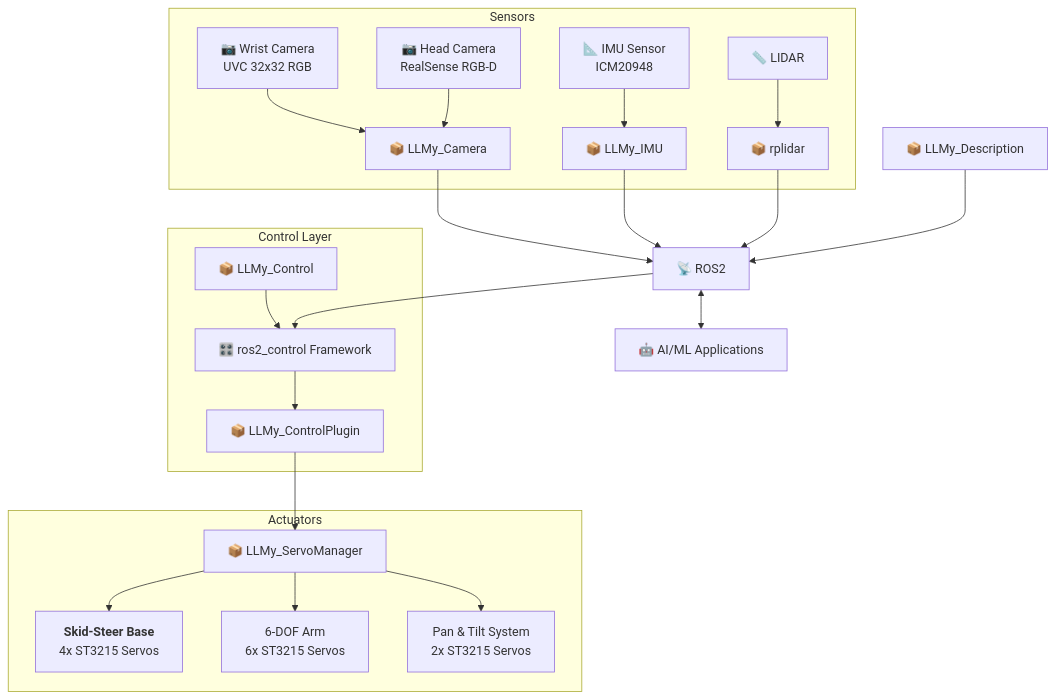
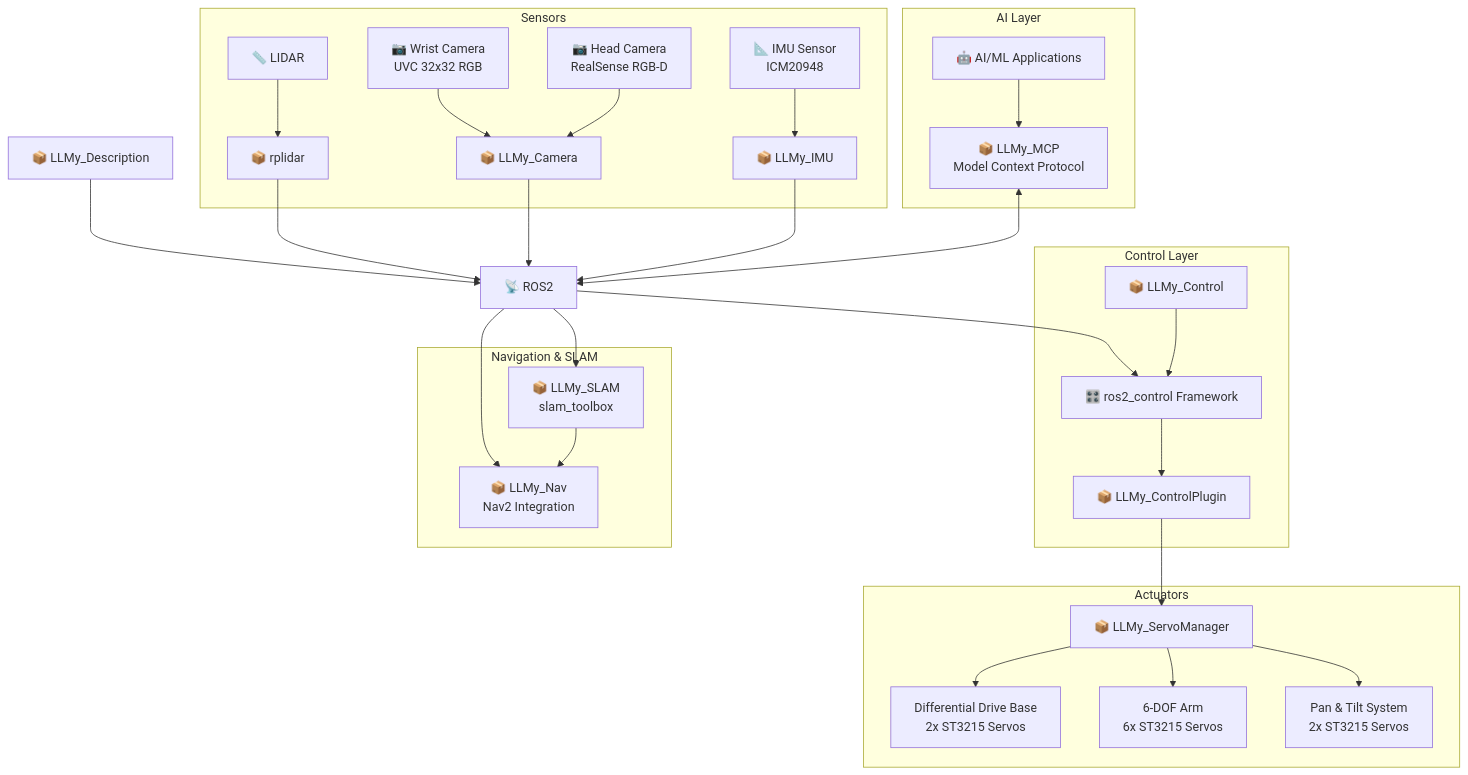
The diagram in README.md (cristidragomir97/LeRemix), drawn with Mermaid before and after one commit. The commit also changed other lines of this file and 49 other files, not shown here.

Commit message:
added MCP and Nav packages

````diff
--- a/README.md
+++ b/README.md
@@ -154,55 +148,72 @@
 ```mermaid
 graph TB
 
     LLMyDescription[📦 LLMy_Description]
     API[📡 ROS2]
-    Apps[🤖 AI/ML Applications]
+
 
     subgraph "Sensors"
         WristCamera[📷 Wrist Camera<br/>UVC 32x32 RGB]
         HeadCamera[📷 Head Camera<br/>RealSense RGB-D]
         IMU[📐 IMU Sensor<br/>ICM20948]
-        LIDAR[📏 LIDAR ]
-         CameraNode[📦 LLMy_Camera]
+        LIDAR[📏 LIDAR]
+        CameraNode[📦 LLMy_Camera]
         ImuNode[📦 LLMy_IMU]
         LidarNode[📦 rplidar]
     end
 
     subgraph "Control Layer"
         Control[🎛️ ros2_control Framework]
         LLMyControl[📦 LLMy_Control]
         LLMyControlPlugin[📦 LLMy_ControlPlugin]
     end
-    
+
+    subgraph "Navigation & SLAM"
+        LLMyNav[📦 LLMy_Nav<br/>Nav2 Integration]
+        LLMySlam[📦 LLMy_SLAM<br/>slam_toolbox]
+    end
+
+    subgraph "AI Layer"
+        LLMyMCP[📦 LLMy_MCP<br/>Model Context Protocol]
+        Apps[🤖 AI/ML Applications]
+    end
+
     subgraph "Actuators"
         LLMyServoManager[📦 LLMy_ServoManager]
-        Base[<strong>Skid-Steer Base</strong><br/>4x ST3215 Servos]
+        Base[Differential Drive Base<br/>2x ST3215 Servos]
         Arm[6-DOF Arm<br/>6x ST3215 Servos]
         Head[Pan & Tilt System<br/>2x ST3215 Servos]
     end
 
-
+  
     %% Top to bottom flow
     LLMyDescription --> API
 
     LIDAR --> LidarNode
     WristCamera --> CameraNode
     HeadCamera --> CameraNode
     IMU --> ImuNode
 
     LidarNode --> API
     CameraNode --> API
     ImuNode --> API
 
-    API <--> Apps
+
     API --> Control
+    API --> LLMyNav
+    API --> LLMySlam
+
+    LLMySlam --> LLMyNav
+
+    LLMyMCP <--> API
+    Apps --> LLMyMCP
 
     LLMyControl --> Control
     Control --> LLMyControlPlugin
     LLMyControlPlugin --> LLMyServoManager
 
     LLMyServoManager --> Base
     LLMyServoManager --> Arm
     LLMyServoManager --> Head
-    
+
 ```
````
